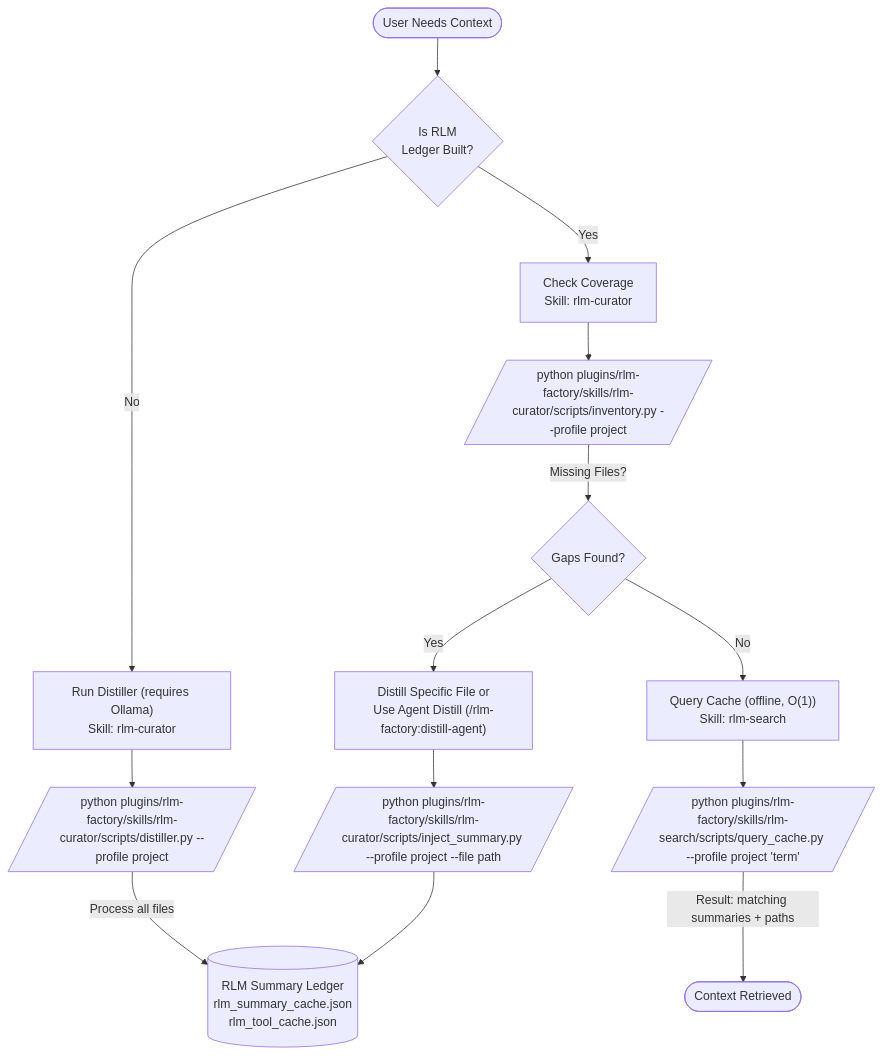
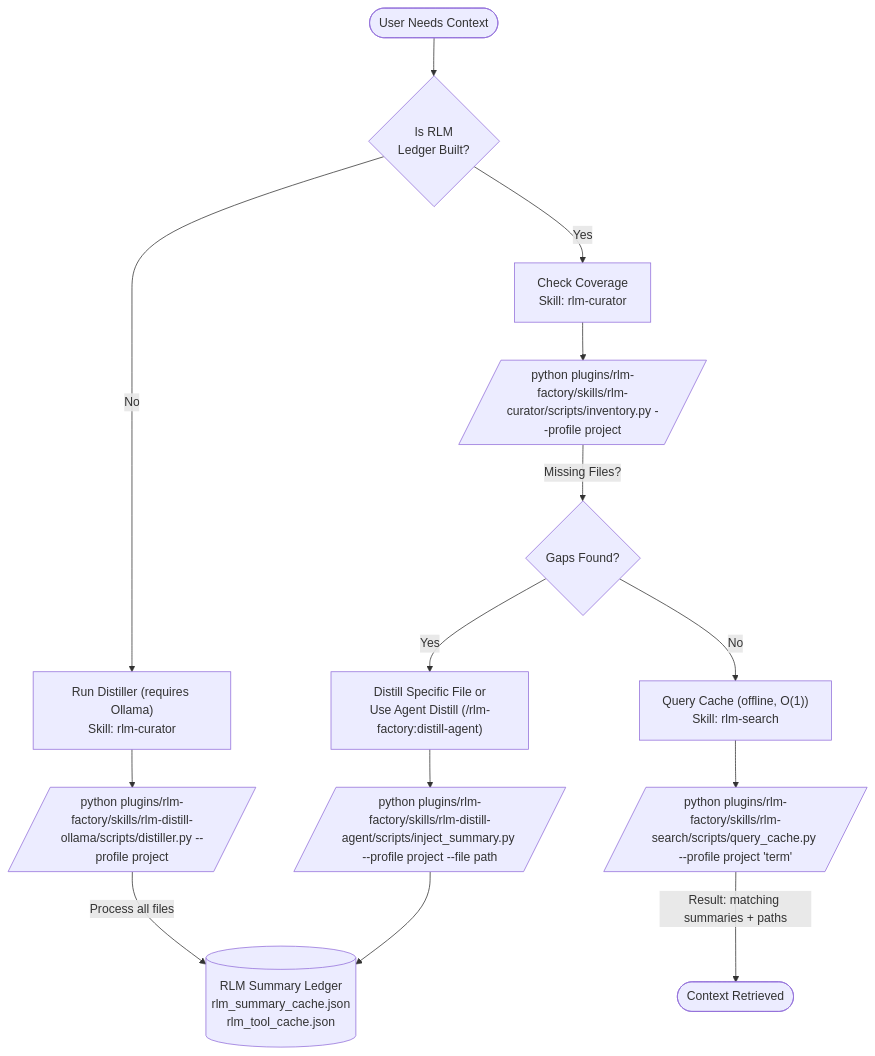
Before and after one commit to richfrem/agent-plugins-skills: the diagram in plugins/rlm-factory/references/diagrams/workflow.mmd, drawn with Mermaid. The commit also changed 27 other files, not shown here.

First line of the commit message:
fix(rlm-factory): update all legacy path references to new script locations

```diff
--- a/plugins/rlm-factory/references/diagrams/workflow.mmd
+++ b/plugins/rlm-factory/references/diagrams/workflow.mmd
@@ -1,18 +1,18 @@
 flowchart TD
     Start([User Needs Context]) --> Check{Is RLM\nLedger Built?}
 
     Check -- No --> Build["Run Distiller (requires Ollama)\nSkill: rlm-curator"]
-    Build --> CmdBuild[/"python plugins/rlm-factory/skills/rlm-curator/scripts/distiller.py --profile project"/]
+    Build --> CmdBuild[/"python plugins/rlm-factory/skills/rlm-distill-ollama/scripts/distiller.py --profile project"/]
     CmdBuild -- "Process all files" --> Cache[(RLM Summary Ledger\nrlm_summary_cache.json\nrlm_tool_cache.json)]
 
     Check -- Yes --> Audit["Check Coverage\nSkill: rlm-curator"]
     Audit --> CmdAudit[/"python plugins/rlm-factory/skills/rlm-curator/scripts/inventory.py --profile project"/]
     CmdAudit -- "Missing Files?" --> Gaps{Gaps Found?}
 
     Gaps -- Yes --> Patch["Distill Specific File or\nUse Agent Distill (/rlm-factory:distill-agent)"]
-    Patch --> CmdPatch[/"python plugins/rlm-factory/skills/rlm-curator/scripts/inject_summary.py --profile project --file path"/]
+    Patch --> CmdPatch[/"python plugins/rlm-factory/skills/rlm-distill-agent/scripts/inject_summary.py --profile project --file path"/]
     CmdPatch --> Cache
 
     Gaps -- No --> Search["Query Cache (offline, O(1))\nSkill: rlm-search"]
     Search --> CmdSearch[/"python plugins/rlm-factory/skills/rlm-search/scripts/query_cache.py --profile project 'term'"/]
     CmdSearch -- "Result: matching summaries + paths" --> Result([Context Retrieved])
```
